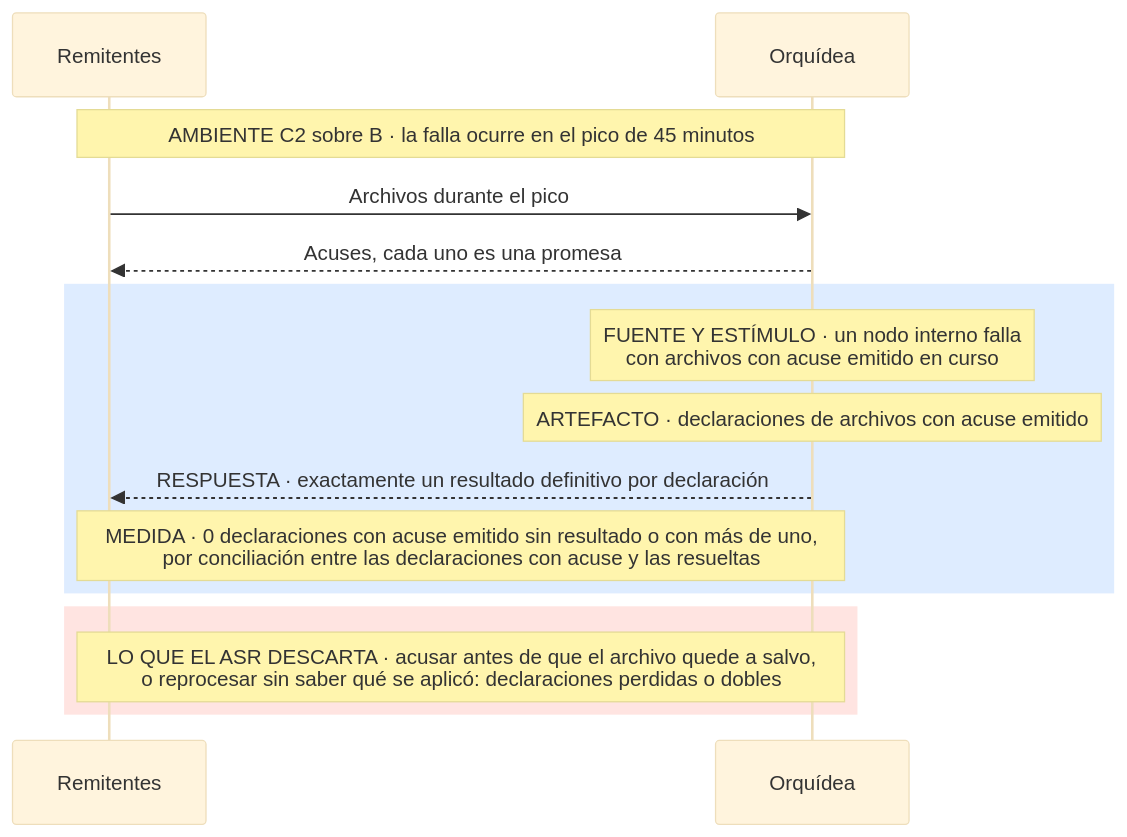
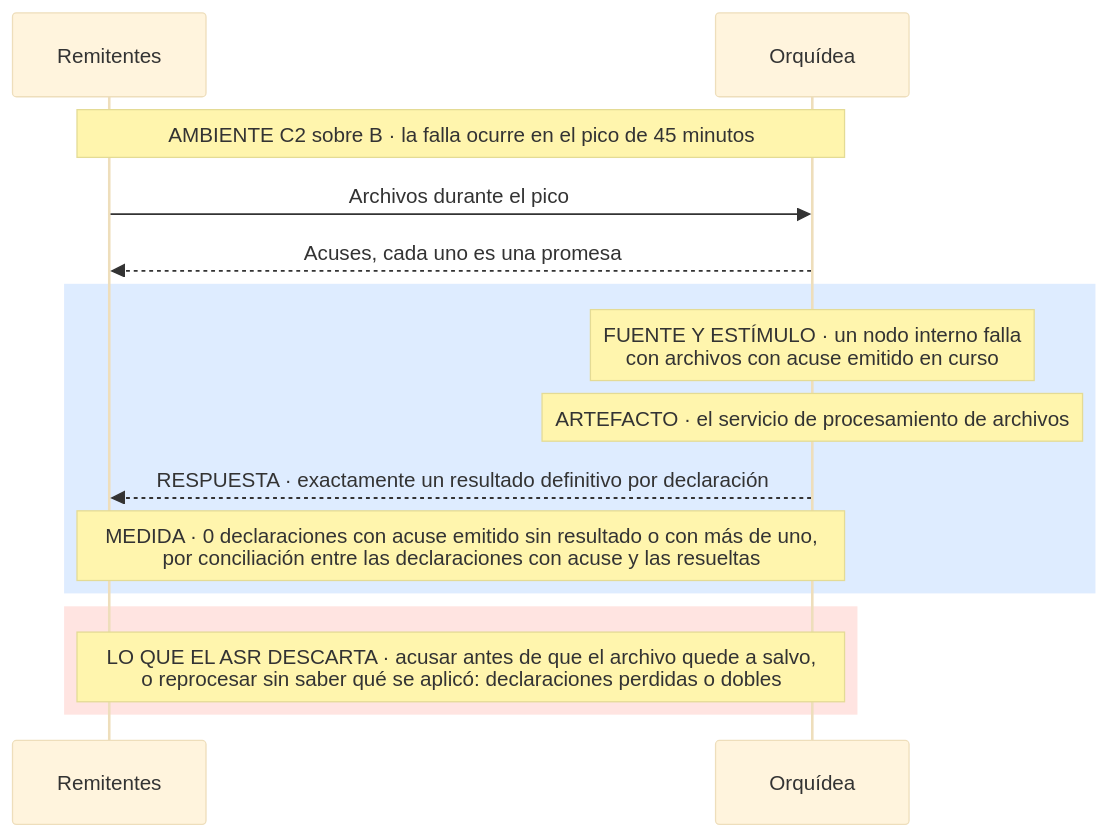
One commit to MATI-MBIT/arqsoft-reto-4 changed the eighth of 17 diagrams in docs/quality-attributes.md. Above: the diagram before and after it, drawn with Mermaid (base theme). The commit also changed other lines of this file and 3 other files, not shown here.

````diff
--- a/docs/quality-attributes.md
+++ b/docs/quality-attributes.md
@@ -438,17 +438,17 @@
 ```mermaid
 sequenceDiagram
     participant R as Remitentes
     participant O as Orquídea
     Note over R,O: AMBIENTE C2 sobre B · la falla ocurre en el pico de 45 minutos
     R->>O: Archivos durante el pico
     O-->>R: Acuses, cada uno es una promesa
     rect rgb(222, 236, 255)
     Note over O: FUENTE Y ESTÍMULO · un nodo interno falla<br/>con archivos con acuse emitido en curso
-    Note over O: ARTEFACTO · declaraciones de archivos con acuse emitido
+    Note over O: ARTEFACTO · el servicio de procesamiento de archivos
     O-->>R: RESPUESTA · exactamente un resultado definitivo por declaración
     Note over R,O: MEDIDA · 0 declaraciones con acuse emitido sin resultado o con más de uno,<br/>por conciliación entre las declaraciones con acuse y las resueltas
     end
     rect rgb(255, 228, 225)
     Note over R,O: LO QUE EL ASR DESCARTA · acusar antes de que el archivo quede a salvo,<br/>o reprocesar sin saber qué se aplicó: declaraciones perdidas o dobles
     end
 ```
````
